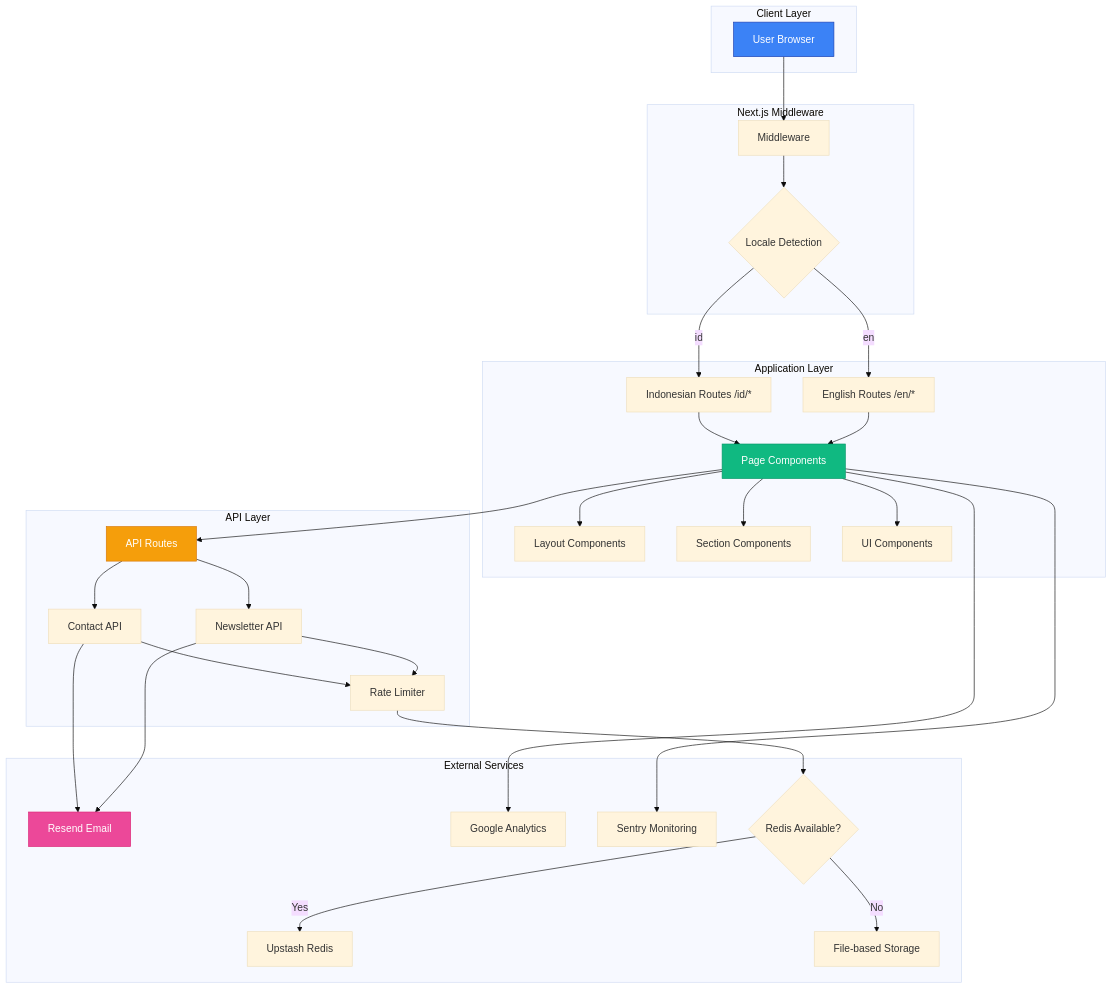
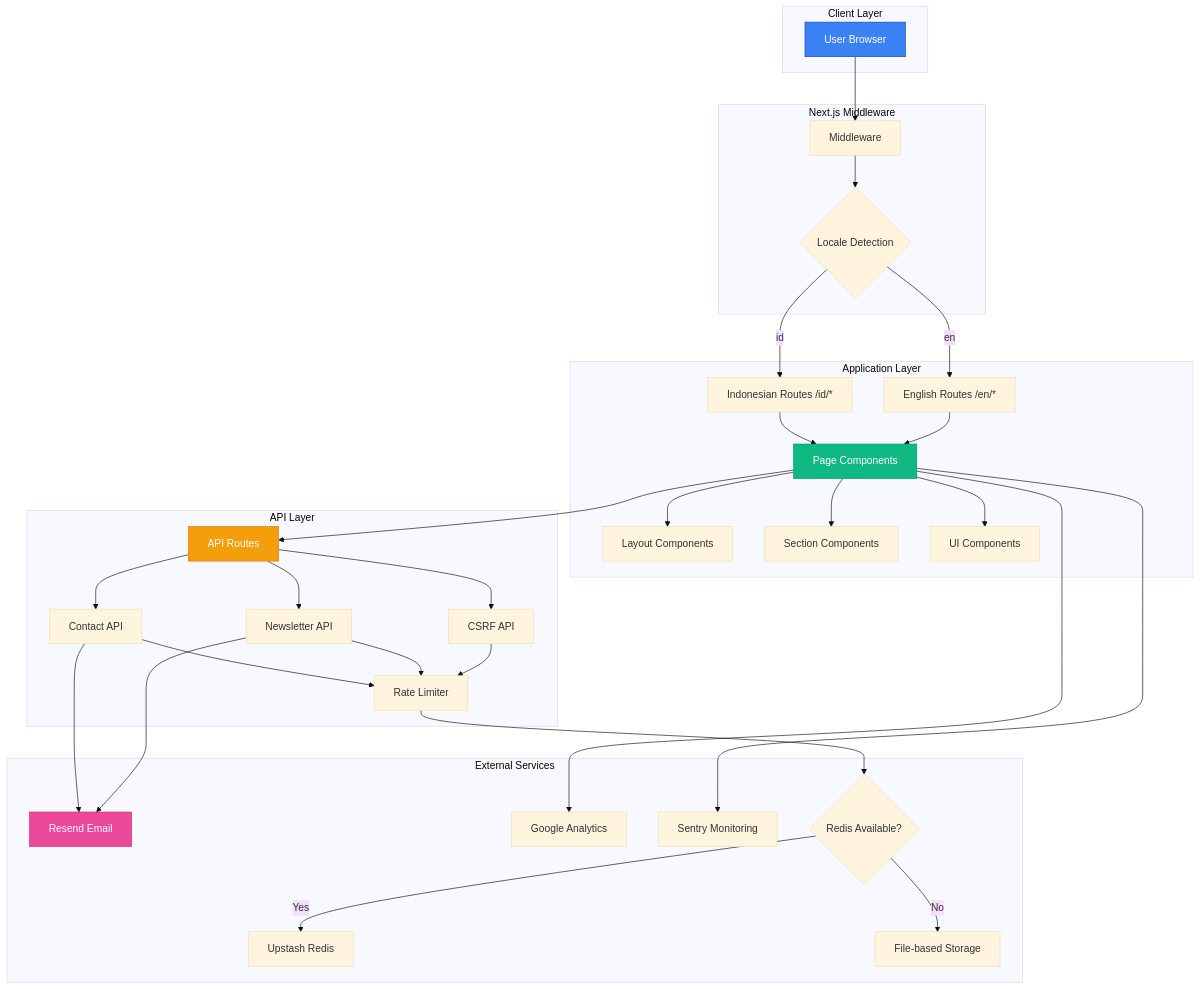
The first of 2 diagrams in README.md (muftiardani/temandifa-landingpage), drawn with Mermaid (base theme) before and after one commit. The commit also changed other lines of this file, not shown here.

````diff
--- a/README.md
+++ b/README.md
@@ -121,65 +108,68 @@
 ```mermaid
 graph TB
     subgraph "Client Layer"
         A[User Browser]
     end
 
     subgraph "Next.js Middleware"
         B[Middleware]
         C{Locale Detection}
     end
 
     subgraph "Application Layer"
         D[Indonesian Routes /id/*]
         E[English Routes /en/*]
         F[Page Components]
         G[Layout Components]
         H[Section Components]
         I[UI Components]
     end
 
     subgraph "API Layer"
         J[API Routes]
         K[Contact API]
         L[Newsletter API]
-        M[Rate Limiter]
+        M[CSRF API]
+        N[Rate Limiter]
     end
 
     subgraph "External Services"
-        N[Resend Email]
-        O[Google Analytics]
-        P[Sentry Monitoring]
-        Q{Redis Available?}
-        R[Upstash Redis]
-        S[File-based Storage]
+        O[Resend Email]
+        P[Google Analytics]
+        Q[Sentry Monitoring]
+        R{Redis Available?}
+        S[Upstash Redis]
+        T[File-based Storage]
     end
 
     A --> B
     B --> C
     C -->|id| D
     C -->|en| E
     D --> F
     E --> F
     F --> G
     F --> H
     F --> I
 
     F --> J
     J --> K
     J --> L
-    K --> M
-    L --> M
-    M --> Q
-    Q -->|Yes| R
-    Q -->|No| S
-
+    J --> M
     K --> N
     L --> N
-    F --> O
+    M --> N
+    N --> R
+    R -->|Yes| S
+    R -->|No| T
+
+    K --> O
+    L --> O
     F --> P
+    F --> Q
 
     style A fill:#3b82f6,stroke:#1e40af,color:#fff
     style F fill:#10b981,stroke:#059669,color:#fff
     style J fill:#f59e0b,stroke:#d97706,color:#fff
-    style N fill:#ec4899,stroke:#db2777,color:#fff
+    style O fill:#ec4899,stroke:#db2777,color:#fff
 ```
````
